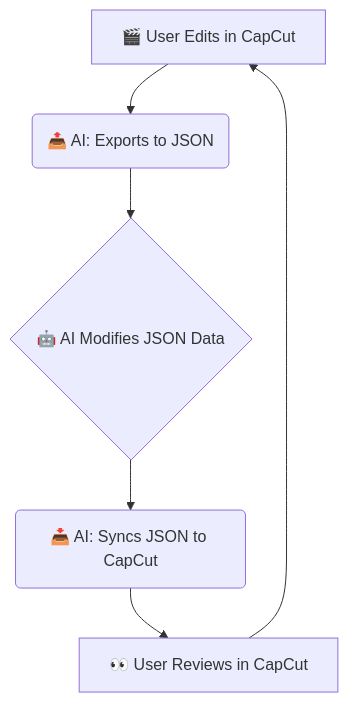
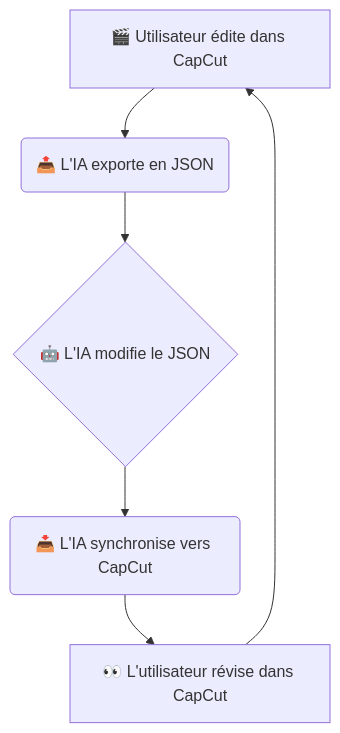
One commit to yanis112/capgenie changed the diagram in README.md. Above: the diagram before and after it, drawn with Mermaid. The commit also changed other lines of this file and 2 other files, not shown here.

````diff
--- a/README.md
+++ b/README.md
@@ -26,8 +92,8 @@
 ```mermaid
 graph TD
-    A[🎬 User Edits in CapCut] --> B(📤 AI: Exports to JSON);
-    B --> C{🤖 AI Modifies JSON Data};
-    C --> D(📥 AI: Syncs JSON to CapCut);
-    D --> E[👀 User Reviews in CapCut];
+    A[🎬 Utilisateur édite dans CapCut] --> B(📤 L'IA exporte en JSON);
+    B --> C{🤖 L'IA modifie le JSON};
+    C --> D(📥 L'IA synchronise vers CapCut);
+    D --> E[👀 L'utilisateur révise dans CapCut];
     E --> A;
 ```
````
